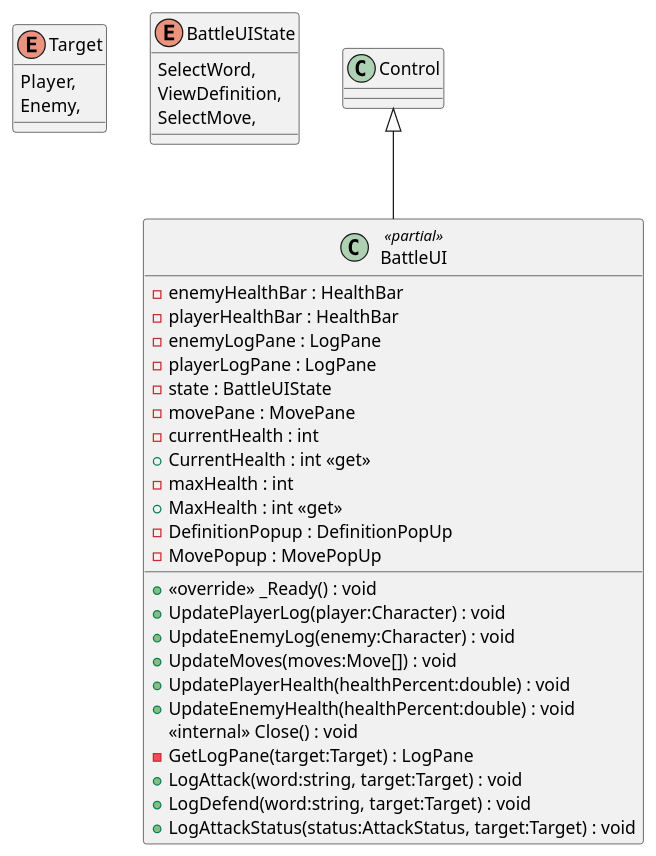
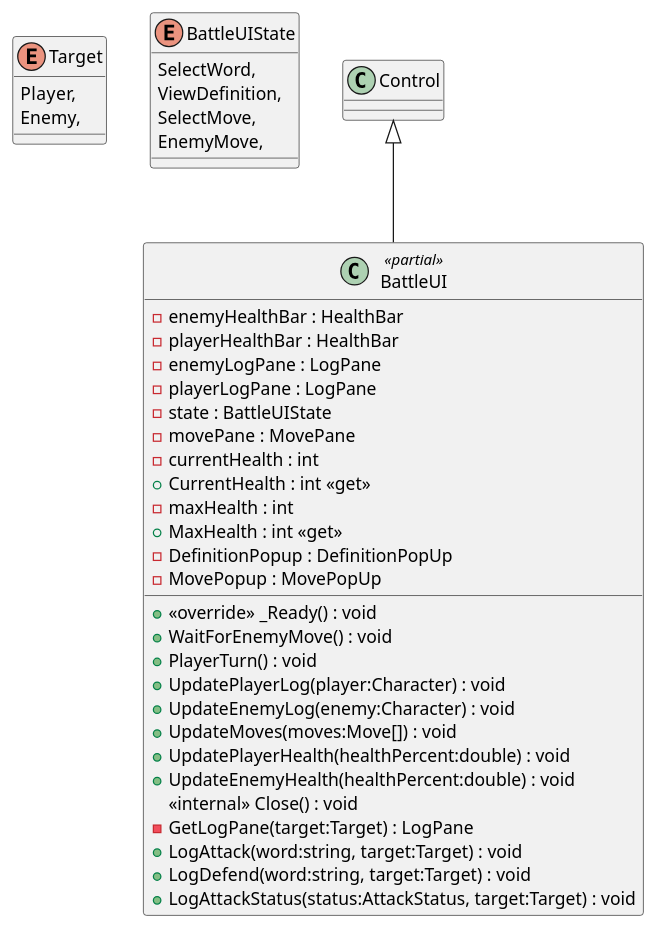
One commit to Leximon-SWE-2025/Leximon changed the diagram in PlantUML/scenes/BattleUI.puml. Above: the diagram before and after it, drawn with PlantUML. The commit also changed 4 other files, not shown here.

Commit message:
update class diagram

```diff
--- a/PlantUML/scenes/BattleUI.puml
+++ b/PlantUML/scenes/BattleUI.puml
@@ -1,37 +1,40 @@
 @startuml
 enum Target {
     Player,
     Enemy,
 }
 enum BattleUIState {
     SelectWord,
     ViewDefinition,
     SelectMove,
+    EnemyMove,
 }
 class BattleUI <<partial>> {
     - enemyHealthBar : HealthBar
     - playerHealthBar : HealthBar
     - enemyLogPane : LogPane
     - playerLogPane : LogPane
     - state : BattleUIState
     - movePane : MovePane
     - currentHealth : int
     + CurrentHealth : int <<get>>
     - maxHealth : int
     + MaxHealth : int <<get>>
     - DefinitionPopup : DefinitionPopUp
     - MovePopup : MovePopUp
     + <<override>> _Ready() : void
+    + WaitForEnemyMove() : void
+    + PlayerTurn() : void
     + UpdatePlayerLog(player:Character) : void
     + UpdateEnemyLog(enemy:Character) : void
     + UpdateMoves(moves:Move[]) : void
     + UpdatePlayerHealth(healthPercent:double) : void
     + UpdateEnemyHealth(healthPercent:double) : void
     <<internal>> Close() : void
     - GetLogPane(target:Target) : LogPane
     + LogAttack(word:string, target:Target) : void
     + LogDefend(word:string, target:Target) : void
     + LogAttackStatus(status:AttackStatus, target:Target) : void
 }
 Control <|-- BattleUI
 @enduml
```
